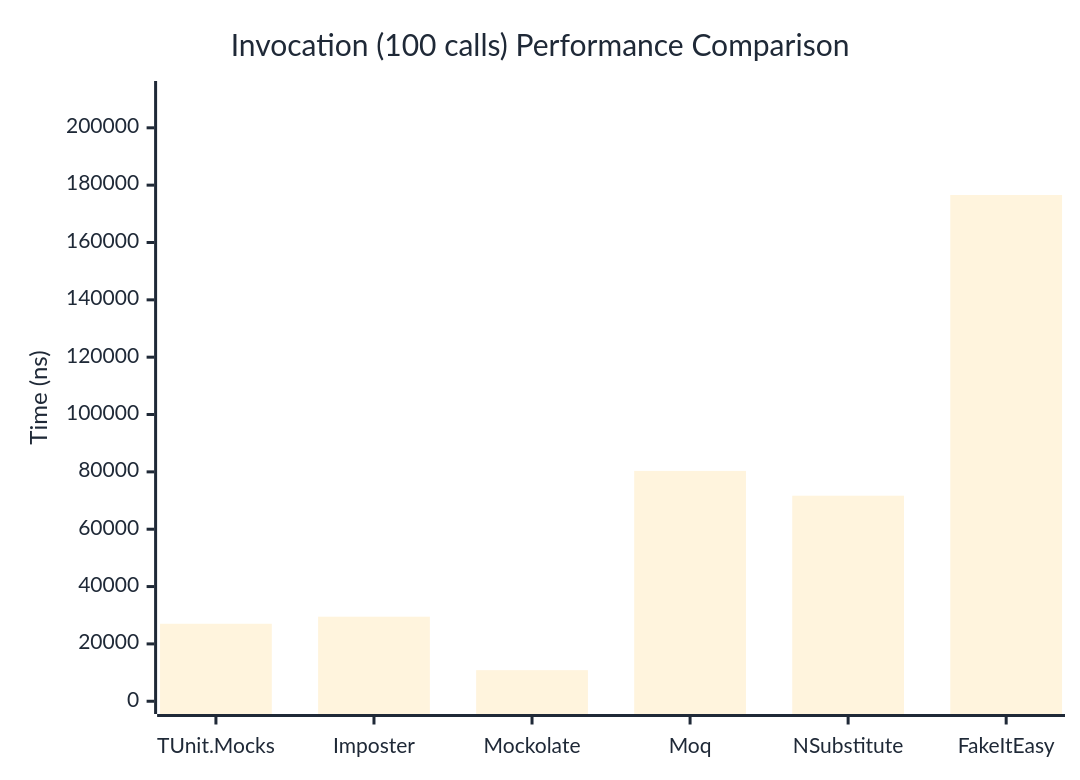
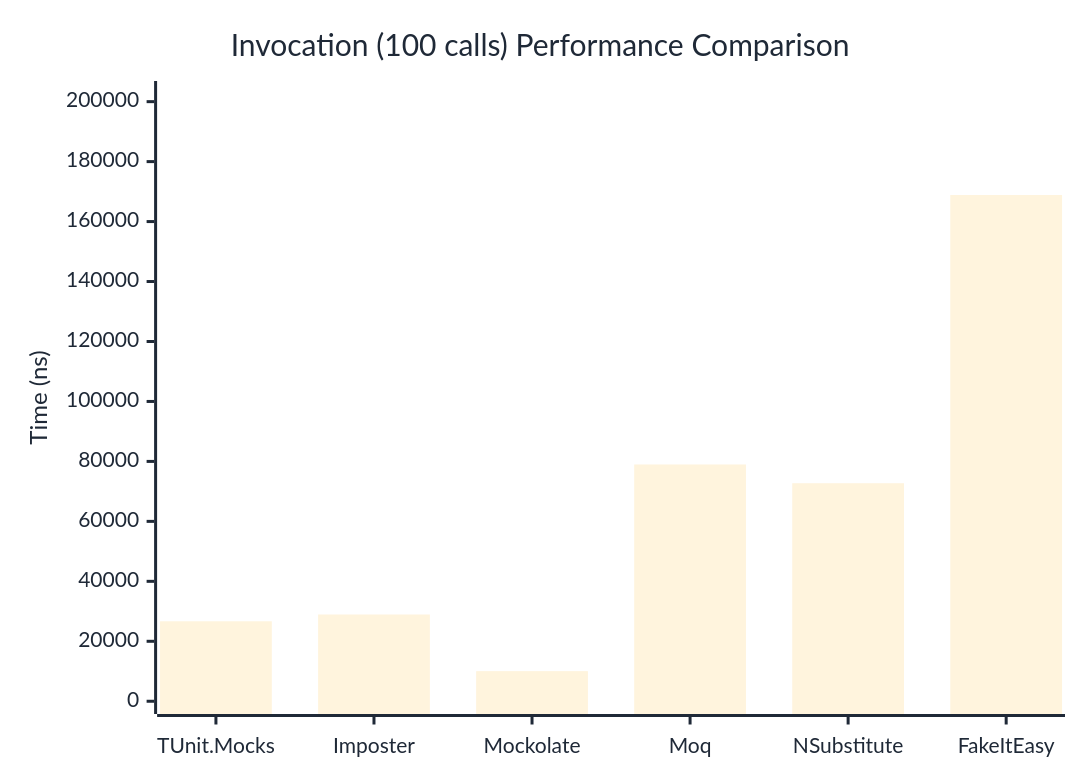
One commit to thomhurst/TUnit changed the third of 3 diagrams in docs/docs/benchmarks/mocks/Invocation.md. Above: the diagram before and after it, drawn with Mermaid. The commit also changed other lines of this file and 14 other files, not shown here.

````diff
--- a/docs/docs/benchmarks/mocks/Invocation.md
+++ b/docs/docs/benchmarks/mocks/Invocation.md
@@ -112,27 +112,27 @@
 ```mermaid
 %%{init: {
   'theme':'base',
   'themeVariables': {
     'primaryColor': '#2563eb',
     'primaryTextColor': '#1f2937',
     'primaryBorderColor': '#1e40af',
     'lineColor': '#6b7280',
     'secondaryColor': '#7c3aed',
     'tertiaryColor': '#dc2626',
     'background': '#ffffff',
     'pie1': '#2563eb',
     'pie2': '#7c3aed',
     'pie3': '#dc2626',
     'pie4': '#f59e0b',
     'pie5': '#10b981',
     'pie6': '#06b6d4',
     'pie7': '#ec4899',
     'pie8': '#6366f1'
   }
 }}%%
 xychart-beta
   title "Invocation (100 calls) Performance Comparison"
   x-axis ["TUnit.Mocks", "Imposter", "Mockolate", "Moq", "NSubstitute", "FakeItEasy"]
-  y-axis "Time (ns)" 0 --> 211877
-  bar [27025.02, 29488.92, 10841.59, 80339.03, 71687.44, 176563.61]
+  y-axis "Time (ns)" 0 --> 202635
+  bar [26671.33, 28938.89, 10042.6, 78976.75, 72723.1, 168862.28]
 ```
````
